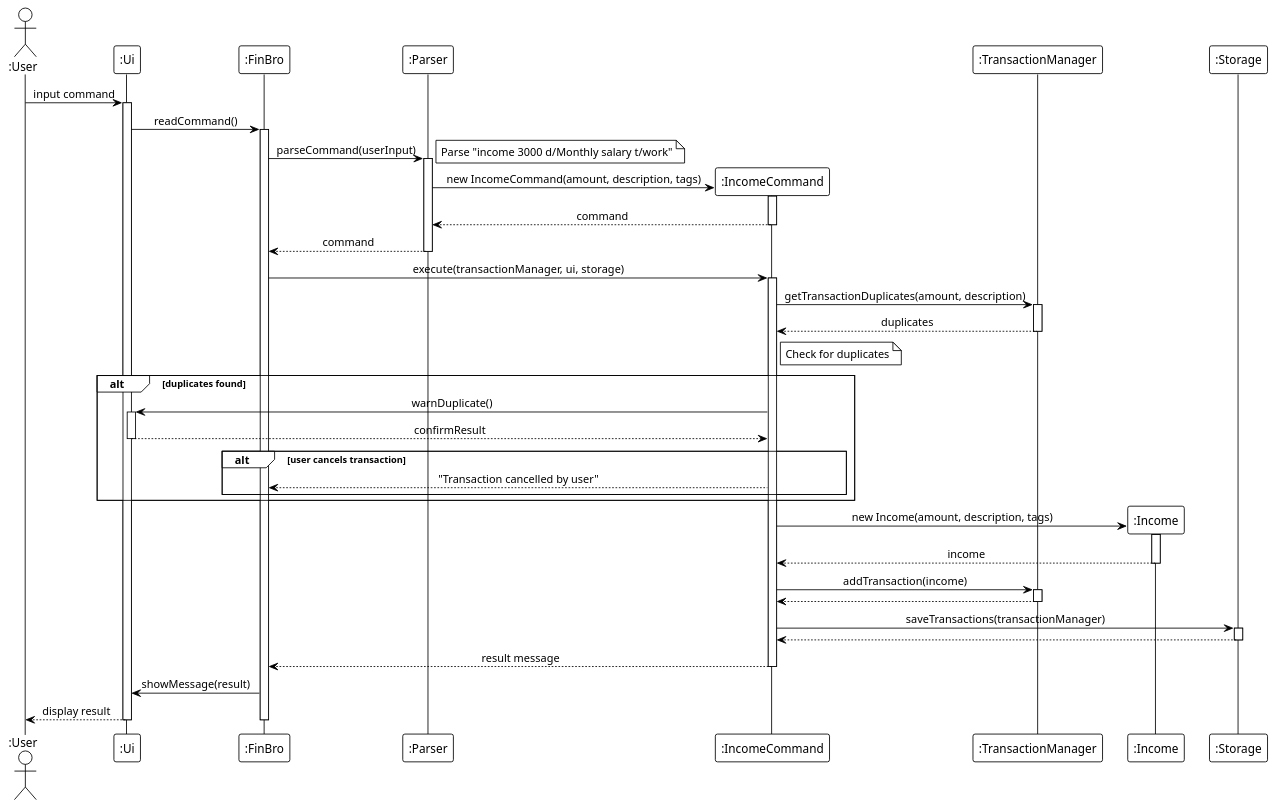
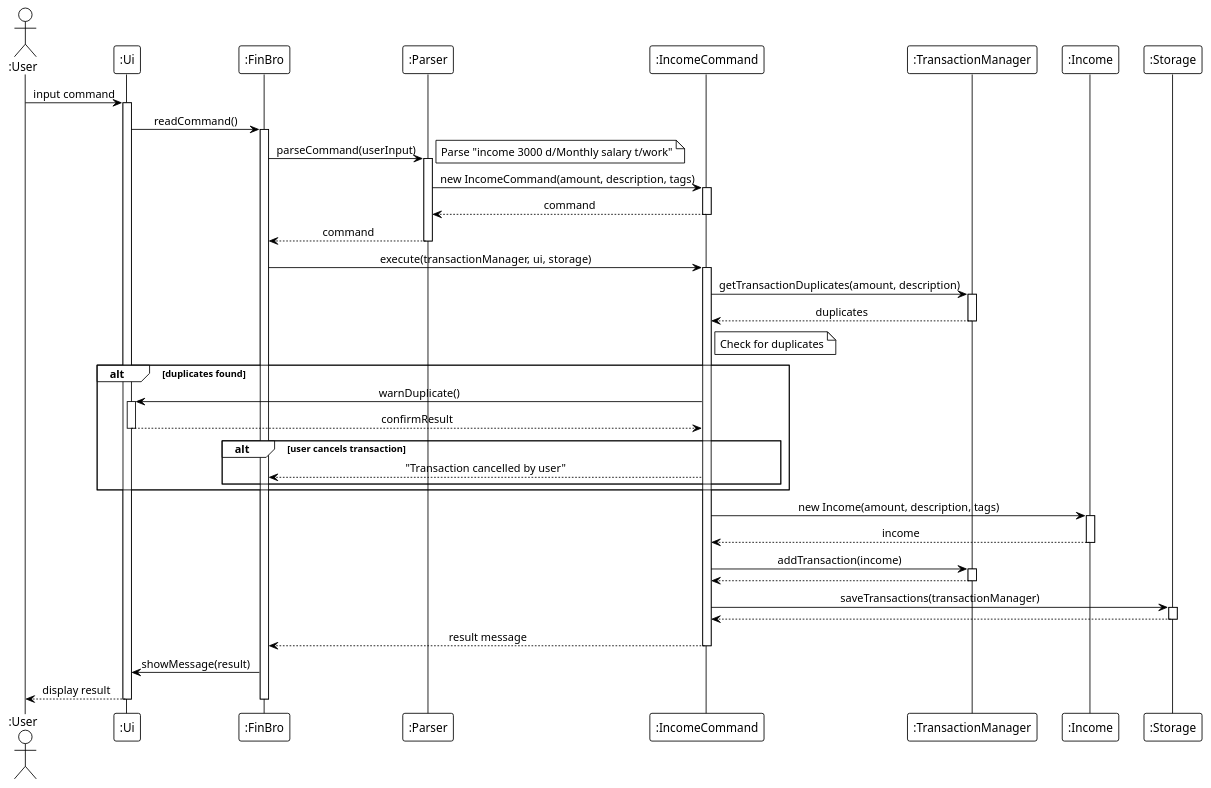
Before and after one commit to laitcanard05/tp: the diagram in docs/diagrams/puml/sequence/sequence-add-transaction.puml, drawn with PlantUML. The commit also changed 7 other files, not shown here.

Commit message:
fix diagrams

```diff
--- a/docs/diagrams/puml/sequence/sequence-add-transaction.puml
+++ b/docs/diagrams/puml/sequence/sequence-add-transaction.puml
@@ -1,76 +1,76 @@
 @startuml
 !theme plain
 skinparam sequenceMessageAlign center
 skinparam responseMessageBelowArrow true
 
 actor ":User" as User
 participant ":Ui" as UI
 participant ":FinBro" as FinBro
 participant ":Parser" as Parser
 participant ":IncomeCommand" as IncomeCommand
 participant ":TransactionManager" as TransactionMgr
 participant ":Income" as Income
 participant ":Storage" as Storage
 
 User -> UI : input command
 activate UI
 
 UI -> FinBro : readCommand()
 activate FinBro
 
 FinBro -> Parser : parseCommand(userInput)
 activate Parser
 note right: Parse "income 3000 d/Monthly salary t/work"
 
-Parser -> IncomeCommand** : new IncomeCommand(amount, description, tags)
+Parser -> IncomeCommand : new IncomeCommand(amount, description, tags)
 activate IncomeCommand
 IncomeCommand --> Parser : command
 deactivate IncomeCommand
 Parser --> FinBro : command
 deactivate Parser
 
 FinBro -> IncomeCommand : execute(transactionManager, ui, storage)
 activate IncomeCommand
 
 IncomeCommand -> TransactionMgr : getTransactionDuplicates(amount, description)
 activate TransactionMgr
 TransactionMgr --> IncomeCommand : duplicates
 deactivate TransactionMgr
 
 note right of IncomeCommand: Check for duplicates
 
 alt duplicates found
     IncomeCommand -> UI : warnDuplicate()
     activate UI
     UI --> IncomeCommand : confirmResult
     deactivate UI
 
     alt user cancels transaction
         IncomeCommand --> FinBro : "Transaction cancelled by user"
     end
 end
 
-IncomeCommand -> Income** : new Income(amount, description, tags)
+IncomeCommand -> Income : new Income(amount, description, tags)
 activate Income
 Income --> IncomeCommand : income
 deactivate Income
 
 IncomeCommand -> TransactionMgr : addTransaction(income)
 activate TransactionMgr
 TransactionMgr --> IncomeCommand
 deactivate TransactionMgr
 
 IncomeCommand -> Storage : saveTransactions(transactionManager)
 activate Storage
 Storage --> IncomeCommand
 deactivate Storage
 
 IncomeCommand --> FinBro : result message
 deactivate IncomeCommand
 
 FinBro -> UI : showMessage(result)
 UI --> User : display result
 deactivate UI
 deactivate FinBro
 
 @enduml
```
